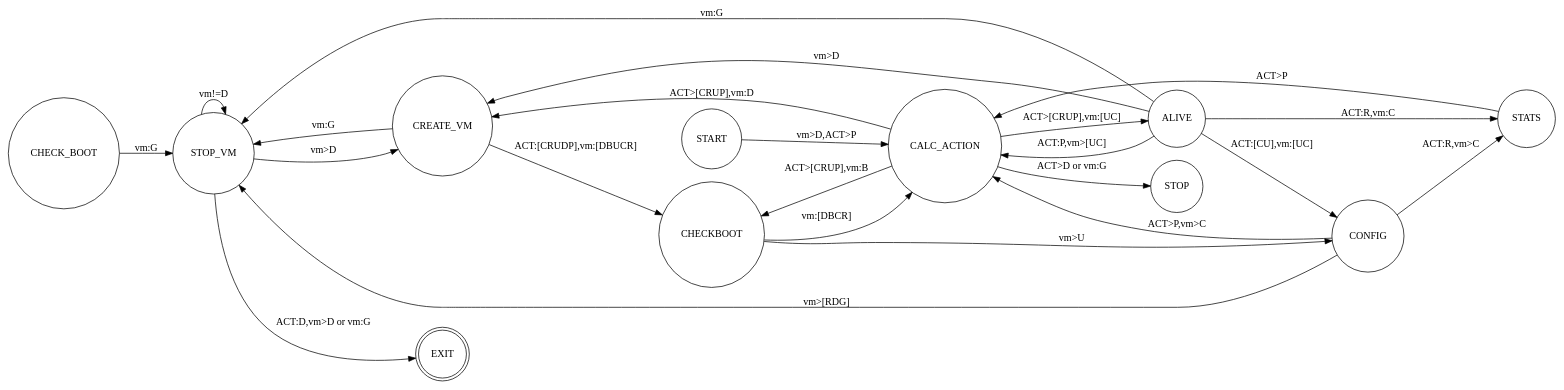
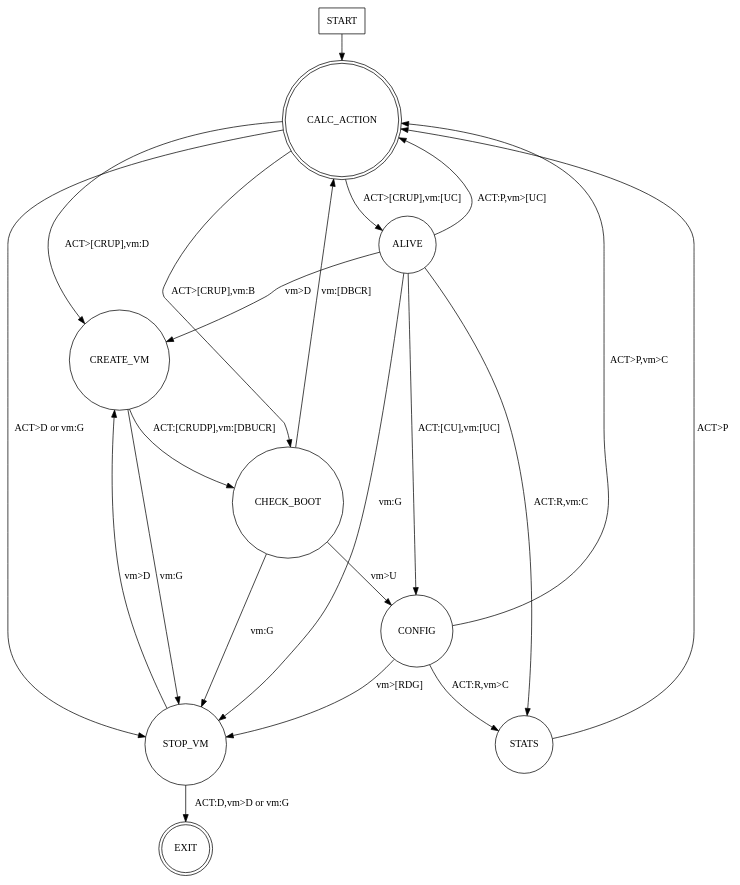
The diagram in doc/source/state_machine.dot (openstack-archive/astara), drawn with Graphviz before and after one commit.

Commit message:
Clean up state machine diagram
Change the orientation of the state machine diagram so it renders
large enough to read.

Fix reference to CHECKBOOT that should be CHECK_BOOT.

Fix reference to STOP that should be STOP_VM.

Fix order of edge definitions to make them more "logical".

```diff
--- a/doc/source/state_machine.dot
+++ b/doc/source/state_machine.dot
@@ -1,36 +1,43 @@
 digraph rug {
-  rankdir=LR;
-  node [shape = doublecircle]; EXIT;
+#  rankdir=LR;
+
+  node [shape = rectangle];
+  START;
+
+  # These nodes enter and exit the state machine.
+  node [shape = doublecircle];
+  EXIT;
+  CALC_ACTION;
+
   node [shape = circle];
 
-  START -> CALC_ACTION [ label = "vm>D,ACT>P" ];
+  START -> CALC_ACTION;
 
   CALC_ACTION -> ALIVE [ label = "ACT>[CRUP],vm:[UC]" ];
-  CALC_ACTION -> STOP [ label = "ACT>D or vm:G" ];
   CALC_ACTION -> CREATE_VM [ label = "ACT>[CRUP],vm:D" ];
-  CALC_ACTION -> CHECKBOOT [ label = "ACT>[CRUP],vm:B" ];
+  CALC_ACTION -> CHECK_BOOT [ label = "ACT>[CRUP],vm:B" ];
+  CALC_ACTION -> STOP_VM [ label = "ACT>D or vm:G" ];
 
   ALIVE -> CREATE_VM [ label = "vm>D" ];
   ALIVE -> CONFIG [ label = "ACT:[CU],vm:[UC]" ];
   ALIVE -> STATS [ label = "ACT:R,vm:C" ];
   ALIVE -> CALC_ACTION [ label = "ACT:P,vm>[UC]" ];
   ALIVE -> STOP_VM [ label = "vm:G" ];
 
-  CREATE_VM -> CHECKBOOT [ label = "ACT:[CRUDP],vm:[DBUCR]" ];
+  CREATE_VM -> CHECK_BOOT [ label = "ACT:[CRUDP],vm:[DBUCR]" ];
   CREATE_VM -> STOP_VM [ label = "vm:G" ];
 
-  CHECKBOOT -> CONFIG [ label = "vm>U" ]
-  CHECKBOOT -> CALC_ACTION [ label = "vm:[DBCR]" ]
+  CHECK_BOOT -> CONFIG [ label = "vm>U" ];
+  CHECK_BOOT -> CALC_ACTION [ label = "vm:[DBCR]" ];
   CHECK_BOOT -> STOP_VM [ label = "vm:G" ];
 
-  CONFIG -> STOP_VM [ label = "vm>[RDG]" ];
   CONFIG -> STATS [ label = "ACT:R,vm>C" ];
   CONFIG -> CALC_ACTION [ label = "ACT>P,vm>C" ];
+  CONFIG -> STOP_VM [ label = "vm>[RDG]" ];
 
   STATS -> CALC_ACTION [ label = "ACT>P" ];
 
+  STOP_VM -> CREATE_VM [ label = "vm>D" ];
   STOP_VM -> EXIT [ label = "ACT:D,vm>D or vm:G" ];
-  STOP_VM -> CREATE_VM [ label = "vm>D" ];
-  STOP_VM -> STOP_VM [ label = "vm!=D" ];
 
 }
```
